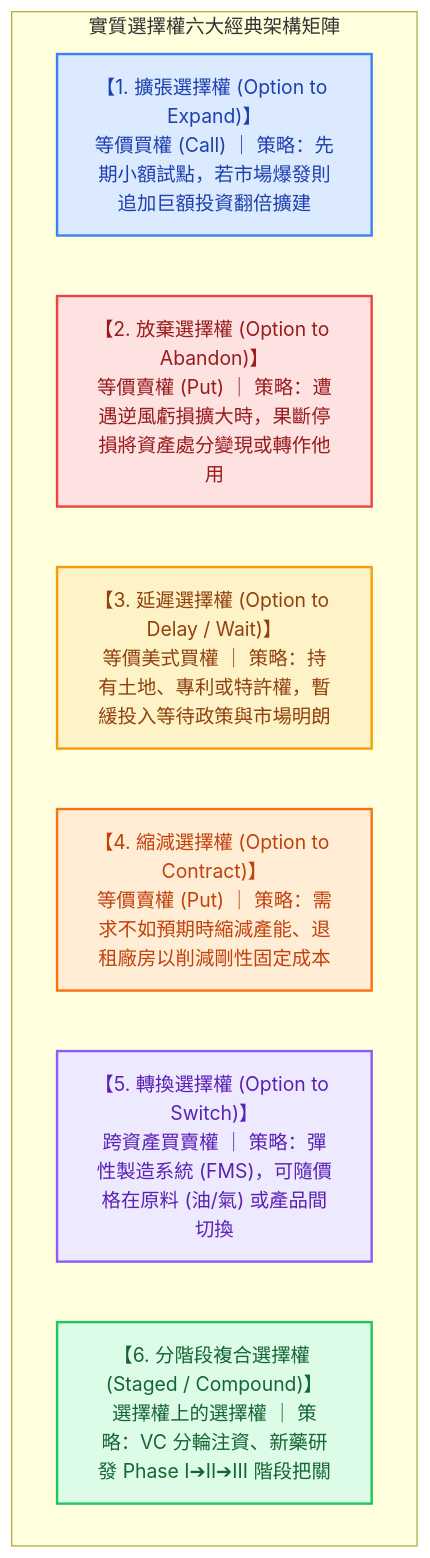
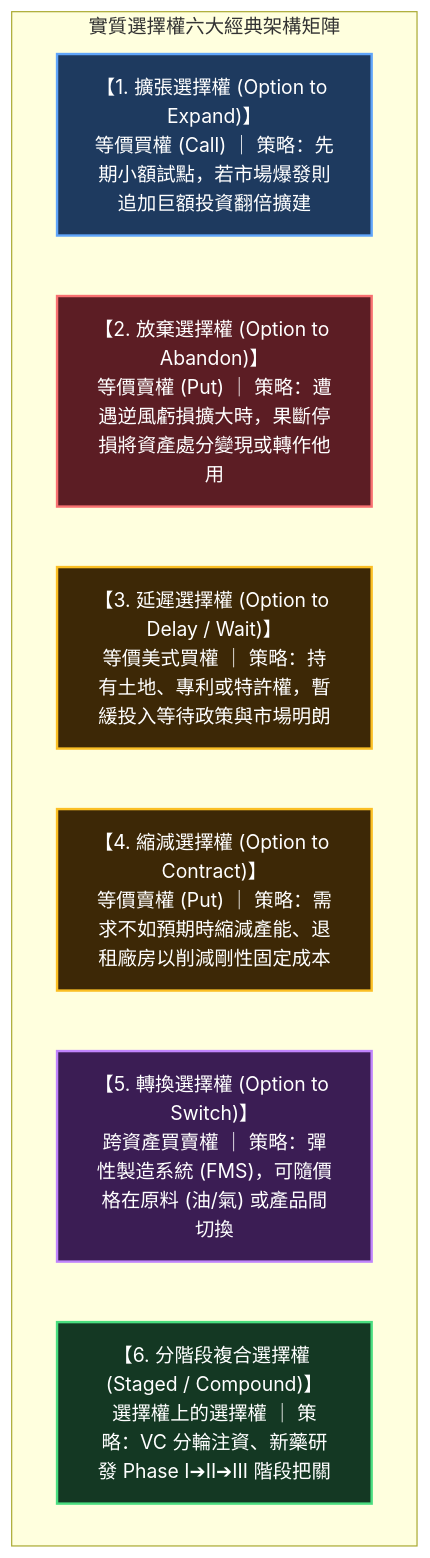
Before and after one commit to Jimlin0428/my-digital-garden: the diagram in src/site/notes/98_商業概念庫/real-options_實質選擇權.md, drawn with Mermaid. The commit also changed 58 other files, not shown here.

````diff
--- a/src/site/notes/98_商業概念庫/real-options_實質選擇權.md
+++ b/src/site/notes/98_商業概念庫/real-options_實質選擇權.md
@@ -59,18 +59,18 @@
 ```mermaid
 flowchart TD
     subgraph RealOptionsArchetypes ["實質選擇權六大經典架構矩陣"]
         RO1["【1. 擴張選擇權 (Option to Expand)】<br>等價買權 (Call) ｜ 策略：先期小額試點，若市場爆發則追加巨額投資翻倍擴建"]
         RO2["【2. 放棄選擇權 (Option to Abandon)】<br>等價賣權 (Put) ｜ 策略：遭遇逆風虧損擴大時，果斷停損將資產處分變現或轉作他用"]
         RO3["【3. 延遲選擇權 (Option to Delay / Wait)】<br>等價美式買權 ｜ 策略：持有土地、專利或特許權，暫緩投入等待政策與市場明朗"]
         RO4["【4. 縮減選擇權 (Option to Contract)】<br>等價賣權 (Put) ｜ 策略：需求不如預期時縮減產能、退租廠房以削減剛性固定成本"]
         RO5["【5. 轉換選擇權 (Option to Switch)】<br>跨資產買賣權 ｜ 策略：彈性製造系統 (FMS)，可隨價格在原料 (油/氣) 或產品間切換"]
         RO6["【6. 分階段複合選擇權 (Staged / Compound)】<br>選擇權上的選擇權 ｜ 策略：VC 分輪注資、新藥研發 Phase I➔II➔III 階段把關"]
     end
 
-    style RO1 fill:#dbeafe,stroke:#3b82f6,stroke-width:2px,color:#1e40af
-    style RO2 fill:#fee2e2,stroke:#ef4444,stroke-width:2px,color:#991b1b
-    style RO3 fill:#fef3c7,stroke:#f59e0b,stroke-width:2px,color:#92400e
-    style RO4 fill:#ffedd5,stroke:#f97316,stroke-width:2px,color:#c2410c
-    style RO5 fill:#ede9fe,stroke:#8b5cf6,stroke-width:2px,color:#5b21b6
-    style RO6 fill:#dcfce7,stroke:#22c55e,stroke-width:2px,color:#166534
+    style RO1 fill:#1e3a5f,stroke:#60a5fa,stroke-width:2px,color:#ffffff
+    style RO2 fill:#5c1d24,stroke:#f87171,stroke-width:2px,color:#ffffff
+    style RO3 fill:#3d2806,stroke:#fbbf24,stroke-width:2px,color:#ffffff
+    style RO4 fill:#3d2806,stroke:#fbbf24,stroke-width:2px,color:#ffffff
+    style RO5 fill:#3b1d54,stroke:#c084fc,stroke-width:2px,color:#ffffff
+    style RO6 fill:#143823,stroke:#4ade80,stroke-width:2px,color:#ffffff
 ```
````
